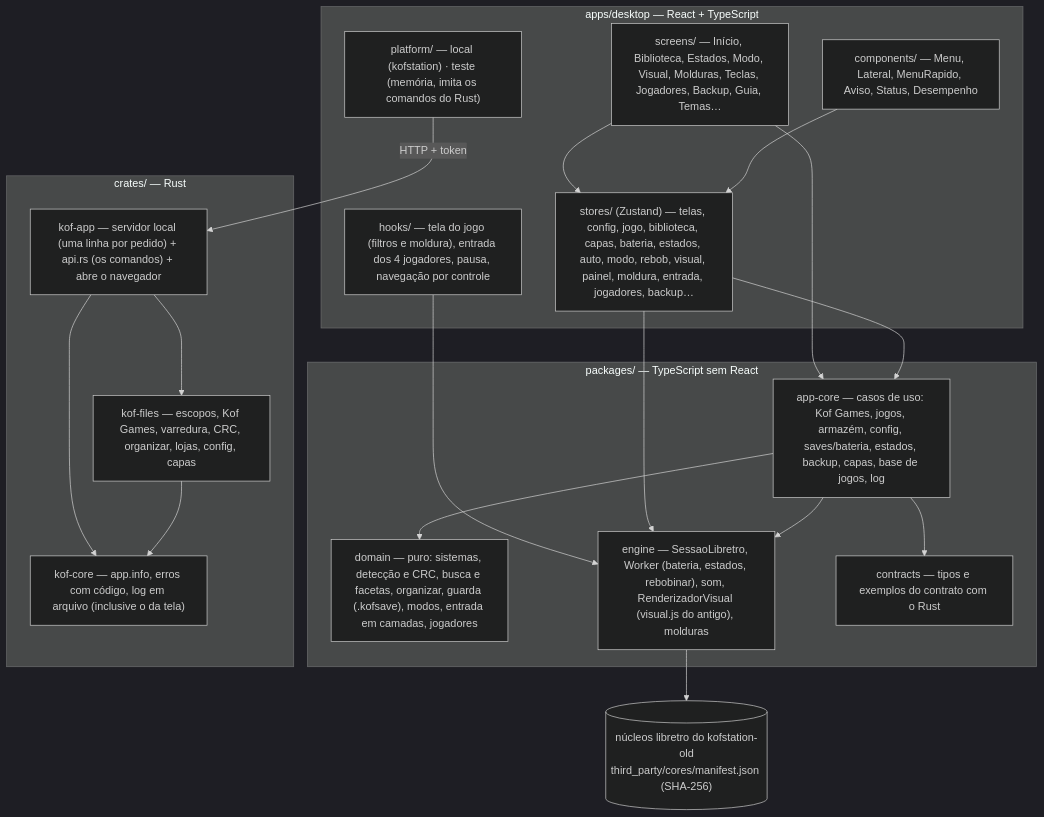
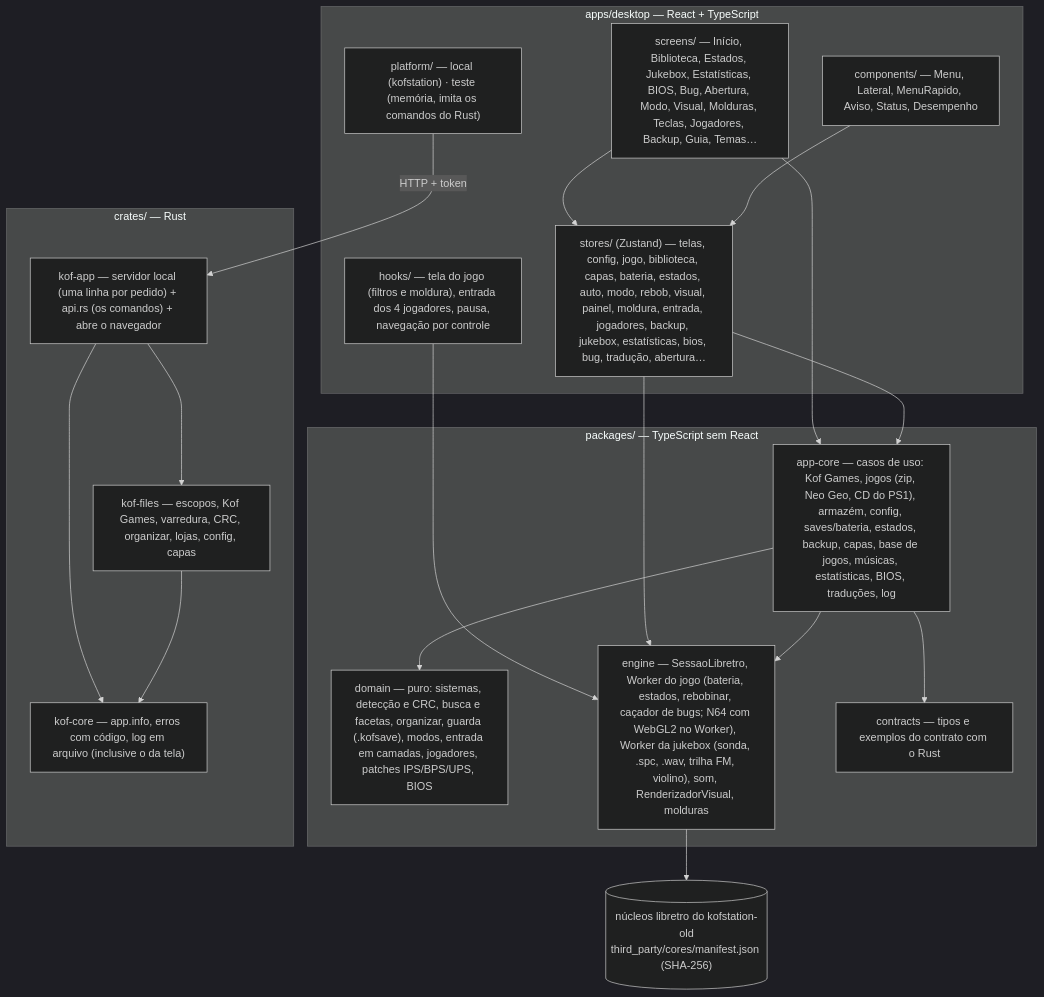
The second of 3 diagrams in README.md (Marcelao98/KOFstation), drawn with Mermaid (dark theme) before and after one commit. The commit also changed other lines of this file and 4 other files, not shown here.

First line of the commit message:
Documentos do M9–M11: ROADMAP (⏸ esperando o Marcelo), JORNAL, PARIDADE, decisões D28–D31 e README

````diff
--- a/README.md
+++ b/README.md
@@ -46,37 +46,37 @@
 ```mermaid
 flowchart TB
   subgraph DESK["apps/desktop — React + TypeScript"]
-    SC["screens/ — Início, Biblioteca, Estados, Modo, Visual, Molduras, Teclas, Jogadores, Backup, Guia, Temas…"]
+    SC["screens/ — Início, Biblioteca, Estados, Jukebox, Estatísticas, BIOS, Bug, Abertura, Modo, Visual, Molduras, Teclas, Jogadores, Backup, Guia, Temas…"]
     CO["components/ — Menu, Lateral, MenuRapido, Aviso, Status, Desempenho"]
     HK["hooks/ — tela do jogo (filtros e moldura), entrada dos 4 jogadores, pausa, navegação por controle"]
-    ST["stores/ (Zustand) — telas, config, jogo, biblioteca, capas, bateria, estados, auto, modo, rebob, visual, painel, moldura, entrada, jogadores, backup…"]
+    ST["stores/ (Zustand) — telas, config, jogo, biblioteca, capas, bateria, estados, auto, modo, rebob, visual, painel, moldura, entrada, jogadores, backup, jukebox, estatísticas, bios, bug, tradução, abertura…"]
     PL["platform/ — local (kofstation) · teste (memória, imita os comandos do Rust)"]
   end
   subgraph PKG["packages/ — TypeScript sem React"]
-    AC["app-core — casos de uso: Kof Games, jogos, armazém, config, saves/bateria, estados, backup, capas, base de jogos, log"]
-    DO["domain — puro: sistemas, detecção e CRC, busca e facetas, organizar, guarda (.kofsave), modos, entrada em camadas, jogadores"]
-    EN["engine — SessaoLibretro, Worker (bateria, estados, rebobinar), som, RenderizadorVisual (visual.js do antigo), molduras"]
+    AC["app-core — casos de uso: Kof Games, jogos (zip, Neo Geo, CD do PS1), armazém, config, saves/bateria, estados, backup, capas, base de jogos, músicas, estatísticas, BIOS, traduções, log"]
+    DO["domain — puro: sistemas, detecção e CRC, busca e facetas, organizar, guarda (.kofsave), modos, entrada em camadas, jogadores, patches IPS/BPS/UPS, BIOS"]
+    EN["engine — SessaoLibretro, Worker do jogo (bateria, estados, rebobinar, caçador de bugs; N64 com WebGL2 no Worker), Worker da jukebox (sonda, .spc, .wav, trilha FM, violino), som, RenderizadorVisual, molduras"]
     CT["contracts — tipos e exemplos do contrato com o Rust"]
   end
   subgraph RS["crates/ — Rust"]
     KA["kof-app — servidor local (uma linha por pedido) + api.rs (os comandos) + abre o navegador"]
     KF["kof-files — escopos, Kof Games, varredura, CRC, organizar, lojas, config, capas"]
     KC["kof-core — app.info, erros com código, log em arquivo (inclusive o da tela)"]
   end
   NU[("núcleos libretro do kofstation-old<br/>third_party/cores/manifest.json (SHA-256)")]
 
   SC --> AC
   SC --> ST
   CO --> ST
   HK --> EN
   ST --> AC
   ST --> EN
   AC --> DO
   AC --> EN
   AC --> CT
   PL -->|"HTTP + token"| KA
   KA --> KF
   KA --> KC
   KF --> KC
   EN --> NU
 ```
````
